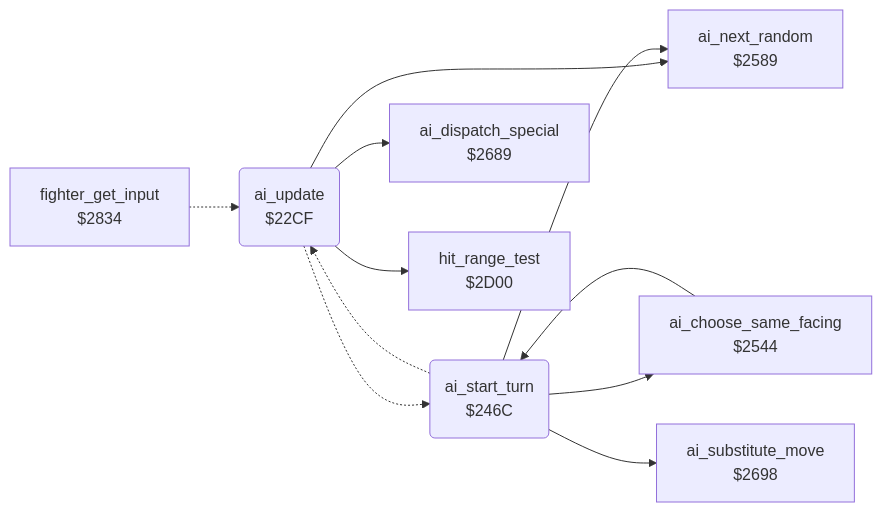
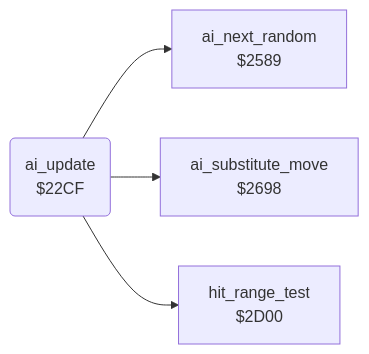
Before and after one commit to henols/c64_games: the diagram in exploding_fist/v2/docs/reference/modules/ai/ai_opponent.md, drawn with Mermaid. The commit also changed other lines of this file and 319 other files, not shown here.

````diff
--- a/exploding_fist/v2/docs/reference/modules/ai/ai_opponent.md
+++ b/exploding_fist/v2/docs/reference/modules/ai/ai_opponent.md
@@ -10,21 +18,10 @@
 ```mermaid
 flowchart LR
   n22cf("ai_update<br/>$22CF")
-  n246c("ai_start_turn<br/>$246C")
-  n2544["ai_choose_same_facing<br/>$2544"]
   n2589["ai_next_random<br/>$2589"]
-  n2689["ai_dispatch_special<br/>$2689"]
   n2698["ai_substitute_move<br/>$2698"]
-  n2834["fighter_get_input<br/>$2834"]
   n2d00["hit_range_test<br/>$2D00"]
-  n22cf -.-> n246c
   n22cf --> n2589
-  n22cf --> n2689
+  n22cf --> n2698
   n22cf --> n2d00
-  n246c -.-> n22cf
-  n246c --> n2544
-  n246c --> n2589
-  n246c --> n2698
-  n2544 --> n246c
-  n2834 -.-> n22cf
 ```
````
